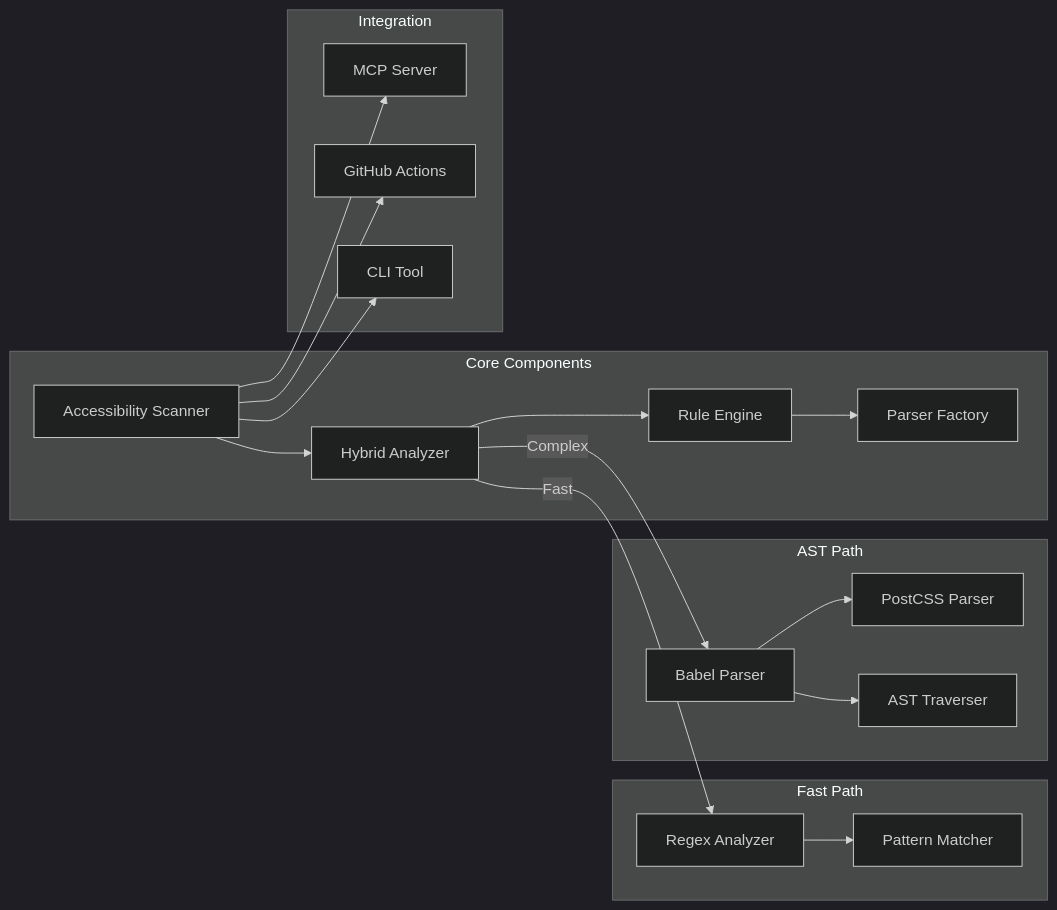
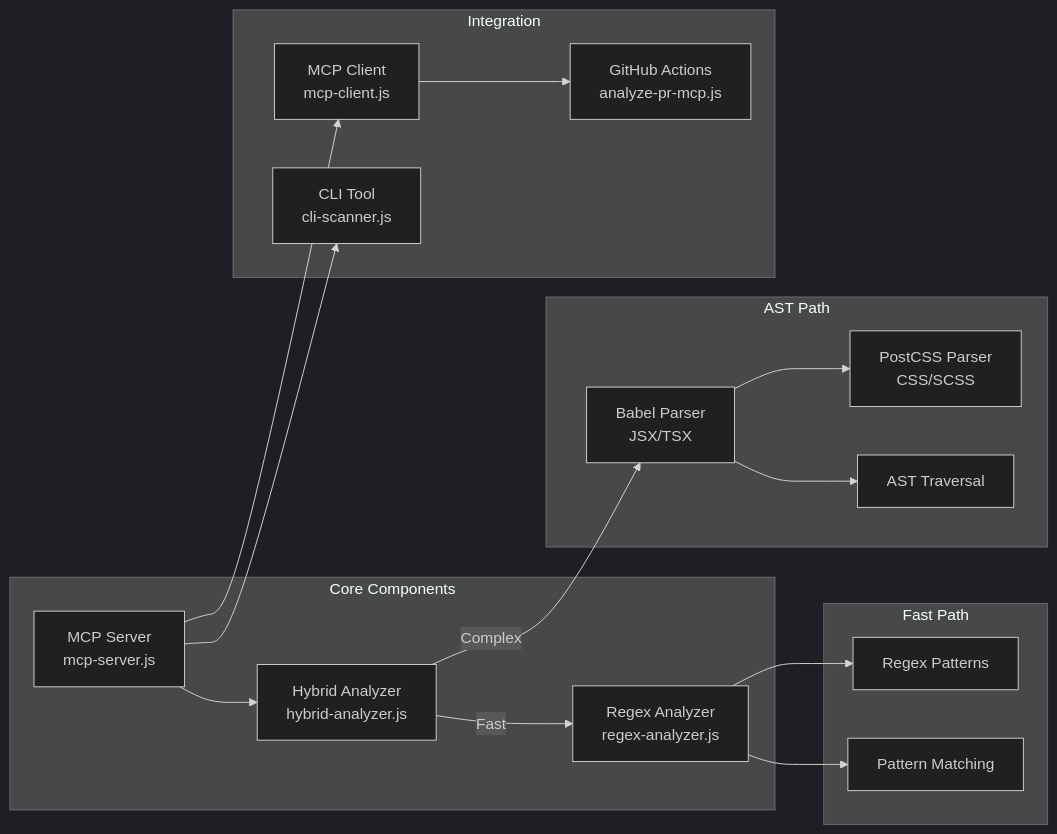
One commit to Berucha/a11y-mcp changed the second of 5 diagrams in docs/architecture/ARCHITECTURE.md. Above: the diagram before and after it, drawn with Mermaid (dark theme). The commit also changed other lines of this file and 1 other file, not shown here.

First line of the commit message:
docs: update architecture diagrams and descriptions for clarity

````diff
--- a/docs/architecture/ARCHITECTURE.md
+++ b/docs/architecture/ARCHITECTURE.md
@@ -88,38 +88,36 @@
 ```mermaid
 graph LR
     subgraph "Core Components"
-        A[Accessibility Scanner]
-        B[Hybrid Analyzer]
-        C[Rule Engine]
-        D[Parser Factory]
+        A[MCP Server<br/>mcp-server.js]
+        B[Hybrid Analyzer<br/>hybrid-analyzer.js]
+        C[Regex Analyzer<br/>regex-analyzer.js]
     end
     
     subgraph "Fast Path"
-        E[Regex Analyzer]
-        F[Pattern Matcher]
+        D[Regex Patterns]
+        E[Pattern Matching]
     end
     
     subgraph "AST Path"
-        G[Babel Parser]
-        H[PostCSS Parser]
-        I[AST Traverser]
+        F[Babel Parser<br/>JSX/TSX]
+        G[PostCSS Parser<br/>CSS/SCSS]
+        H[AST Traversal]
     end
     
     subgraph "Integration"
-        J[MCP Server]
-        K[GitHub Actions]
-        L[CLI Tool]
+        I[MCP Client<br/>mcp-client.js]
+        J[GitHub Actions<br/>analyze-pr-mcp.js]
+        K[CLI Tool<br/>cli-scanner.js]
     end
     
     A --> B
-    B -->|Fast| E
-    B -->|Complex| G
-    E --> F
-    G --> H
-    G --> I
-    B --> C
+    B -->|Fast| C
+    B -->|Complex| F
     C --> D
-    A --> J
+    C --> E
+    F --> G
+    F --> H
+    A --> I
+    I --> J
     A --> K
-    A --> L
 ```
````
